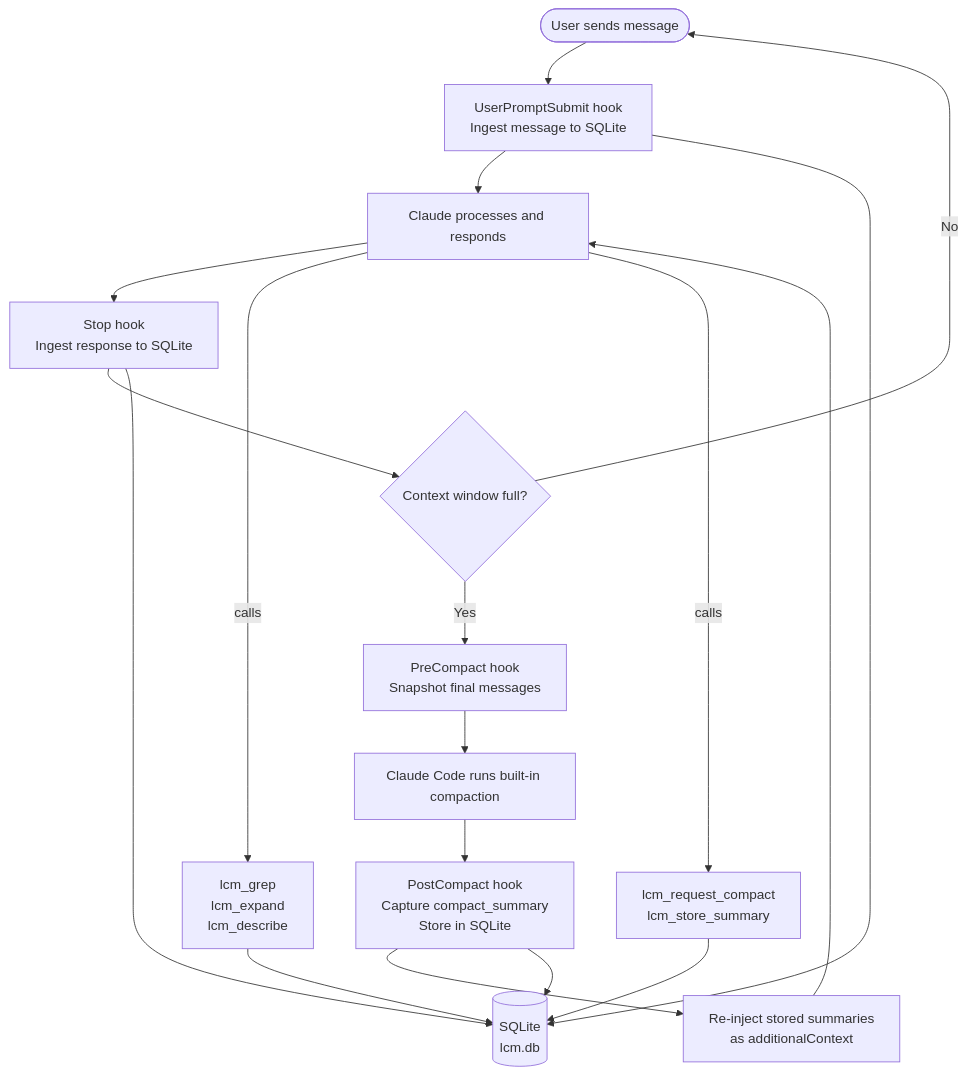
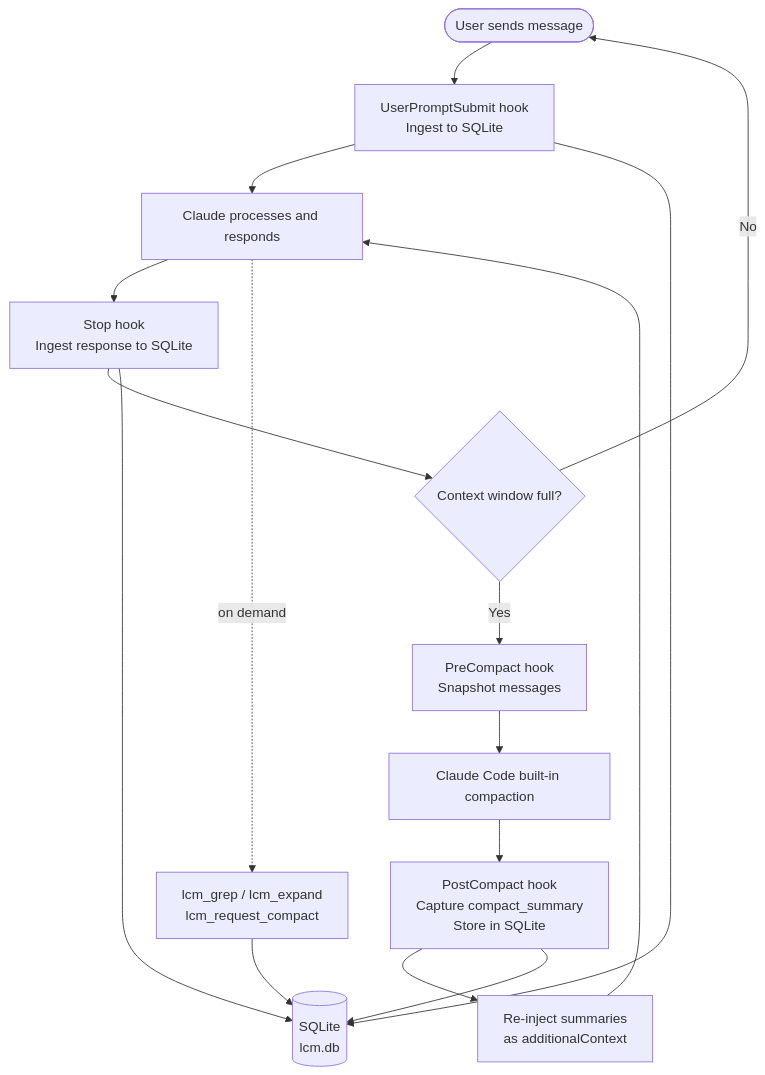
The diagram in README.md (isaiahbernados/lcm), drawn with Mermaid before and after one commit. The commit also changed other lines of this file, not shown here.

````diff
--- a/README.md
+++ b/README.md
@@ -46,21 +46,19 @@
 ```mermaid
 flowchart TD
-    A([User sends message]) --> B[UserPromptSubmit hook\nIngest message to SQLite]
+    A([User sends message]) --> B[UserPromptSubmit hook\nIngest to SQLite]
     B --> C[Claude processes and responds]
     C --> D[Stop hook\nIngest response to SQLite]
     D --> E{Context window full?}
     E -- No --> A
-    E -- Yes --> F[PreCompact hook\nSnapshot final messages]
-    F --> G[Claude Code runs built-in compaction]
+    E -- Yes --> F[PreCompact hook\nSnapshot messages]
+    F --> G[Claude Code built-in compaction]
     G --> H[PostCompact hook\nCapture compact_summary\nStore in SQLite]
-    H --> I[Re-inject stored summaries\nas additionalContext]
+    H --> I[Re-inject summaries\nas additionalContext]
     I --> C
 
-    C -- calls --> J[lcm_grep\nlcm_expand\nlcm_describe]
-    C -- calls --> K[lcm_request_compact\nlcm_store_summary]
+    C -. on demand .-> J[lcm_grep / lcm_expand\nlcm_request_compact]
     J --> DB[(SQLite\nlcm.db)]
-    K --> DB
     B --> DB
     D --> DB
     H --> DB
 ```
````
